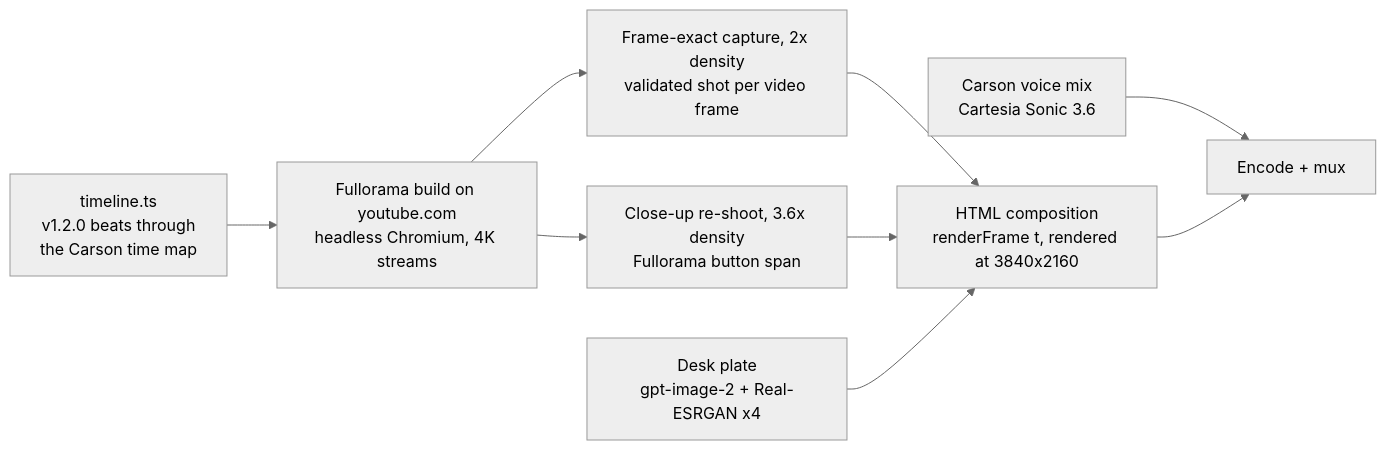
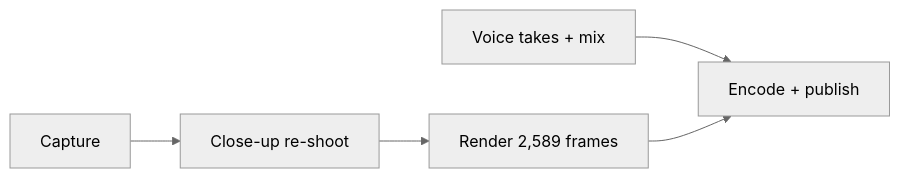
Before and after one commit to sudhz/fullorama: the diagram in marketing/launch-film/making-of.md, drawn with Mermaid (neutral theme). The commit also changed other lines of this file and 5 other files, not shown here.

````diff
--- a/marketing/launch-film/making-of.md
+++ b/marketing/launch-film/making-of.md
@@ -20,11 +21,5 @@
 ```mermaid
 flowchart LR
-  T[timeline.ts<br/>v1.2.0 beats through<br/>the Carson time map] --> A[Fullorama build on youtube.com<br/>headless Chromium, 4K streams]
-  A --> B[Frame-exact capture, 2x density<br/>validated shot per video frame]
-  A --> C[Close-up re-shoot, 3.6x density<br/>Fullorama button span]
-  B --> G[HTML composition<br/>renderFrame t, rendered at 3840x2160]
-  C --> G
-  H[Desk plate<br/>gpt-image-2 + Real-ESRGAN x4] --> G
-  V[Carson voice mix<br/>Cartesia Sonic 3.6] --> J[Encode + mux]
-  G --> J
+  V[Voice takes + mix] --> E[Encode + publish]
+  C[Capture] --> K[Close-up re-shoot] --> R[Render 2,589 frames] --> E
 ```
````
